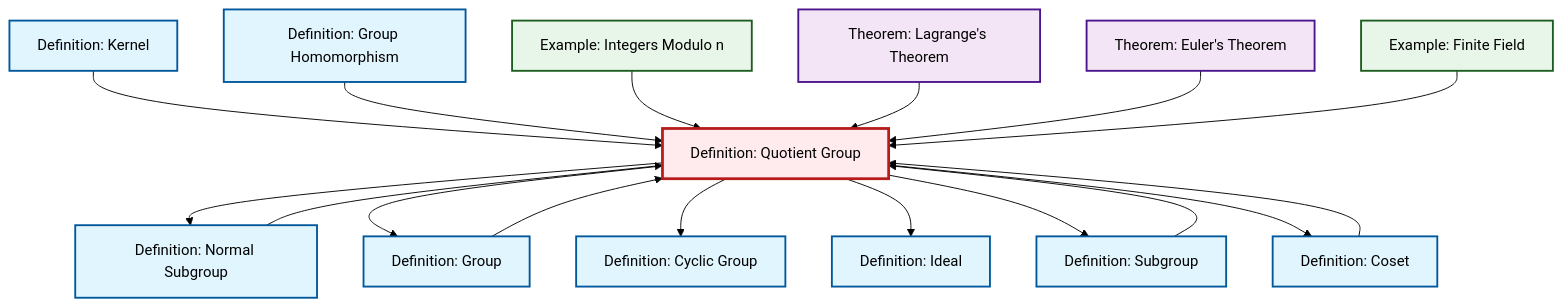
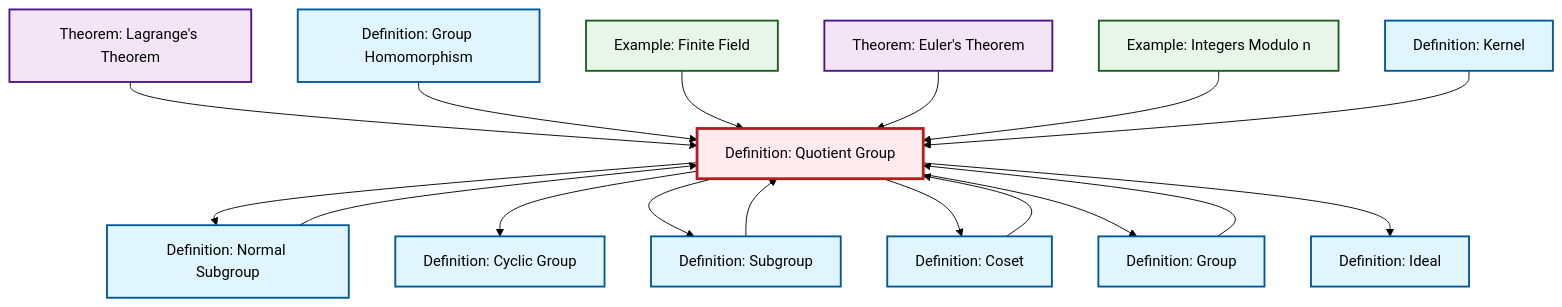
The diagram in content/ja/algebra/def-quotient-group.qmd (RK0429/ModernMath), drawn with Mermaid (forest theme) before and after one commit. The commit also changed other lines of this file and 434 other files, not shown here.

````diff
--- a/content/ja/algebra/def-quotient-group.qmd
+++ b/content/ja/algebra/def-quotient-group.qmd
@@ -142,51 +142,51 @@
 ```{mermaid}
 %%| fig-cap: "Local dependency graph"
 graph TD
     classDef definition fill:#e1f5fe,stroke:#01579b,stroke-width:2px
     classDef theorem fill:#f3e5f5,stroke:#4a148c,stroke-width:2px
     classDef axiom fill:#fff3e0,stroke:#e65100,stroke-width:2px
     classDef example fill:#e8f5e9,stroke:#1b5e20,stroke-width:2px
     classDef current fill:#ffebee,stroke:#b71c1c,stroke-width:3px
+    ex-finite-field["Example: Finite Field"]:::example
+    ex-quotient-integers-mod-n["Example: Integers Modulo n"]:::example
+    def-coset["Definition: Coset"]:::definition
+    def-group["Definition: Group"]:::definition
+    def-homomorphism["Definition: Group Homomorphism"]:::definition
     def-kernel["Definition: Kernel"]:::definition
-    ex-finite-field["Example: Finite Field"]:::example
+    def-normal-subgroup["Definition: Normal Subgroup"]:::definition
+    def-quotient-group["Definition: Quotient Group"]:::definition
+    thm-lagrange["Theorem: Lagrange's Theorem"]:::theorem
     def-cyclic-group["Definition: Cyclic Group"]:::definition
-    thm-euler["Theorem: Euler's Theorem"]:::theorem
-    def-coset["Definition: Coset"]:::definition
-    def-homomorphism["Definition: Group Homomorphism"]:::definition
-    def-normal-subgroup["Definition: Normal Subgroup"]:::definition
-    ex-quotient-integers-mod-n["Example: Integers Modulo n"]:::example
-    def-quotient-group["Definition: Quotient Group"]:::definition
     def-ideal["Definition: Ideal"]:::definition
     def-subgroup["Definition: Subgroup"]:::definition
-    def-group["Definition: Group"]:::definition
-    thm-lagrange["Theorem: Lagrange's Theorem"]:::theorem
-    def-kernel --> def-quotient-group
+    thm-euler["Theorem: Euler's Theorem"]:::theorem
+    thm-lagrange --> def-quotient-group
+    def-homomorphism --> def-quotient-group
     def-quotient-group --> def-normal-subgroup
-    def-quotient-group --> def-group
+    def-quotient-group --> def-cyclic-group
+    ex-finite-field --> def-quotient-group
+    thm-euler --> def-quotient-group
+    def-normal-subgroup --> def-quotient-group
     def-coset --> def-quotient-group
-    def-quotient-group --> def-cyclic-group
-    def-group --> def-quotient-group
-    def-quotient-group --> def-ideal
     def-quotient-group --> def-subgroup
-    def-homomorphism --> def-quotient-group
     ex-quotient-integers-mod-n --> def-quotient-group
     def-subgroup --> def-quotient-group
-    thm-lagrange --> def-quotient-group
     def-quotient-group --> def-coset
-    def-normal-subgroup --> def-quotient-group
-    thm-euler --> def-quotient-group
-    ex-finite-field --> def-quotient-group
+    def-group --> def-quotient-group
+    def-kernel --> def-quotient-group
+    def-quotient-group --> def-group
+    def-quotient-group --> def-ideal
     class def-quotient-group current
+    click ex-finite-field "ex-finite-field.html" "Example: Finite Fieldへ"
+    click ex-quotient-integers-mod-n "ex-quotient-integers-mod-n.html" "Example: Integers Modulo nへ"
+    click def-coset "def-coset.html" "Definition: Cosetへ"
+    click def-group "def-group.html" "Definition: Groupへ"
+    click def-homomorphism "def-homomorphism.html" "Definition: Group Homomorphismへ"
     click def-kernel "def-kernel.html" "Definition: Kernelへ"
-    click ex-finite-field "ex-finite-field.html" "Example: Finite Fieldへ"
+    click def-normal-subgroup "def-normal-subgroup.html" "Definition: Normal Subgroupへ"
+    click thm-lagrange "thm-lagrange.html" "Theorem: Lagrange's Theoremへ"
     click def-cyclic-group "def-cyclic-group.html" "Definition: Cyclic Groupへ"
-    click thm-euler "thm-euler.html" "Theorem: Euler's Theoremへ"
-    click def-coset "def-coset.html" "Definition: Cosetへ"
-    click def-homomorphism "def-homomorphism.html" "Definition: Group Homomorphismへ"
-    click def-normal-subgroup "def-normal-subgroup.html" "Definition: Normal Subgroupへ"
-    click ex-quotient-integers-mod-n "ex-quotient-integers-mod-n.html" "Example: Integers Modulo nへ"
     click def-ideal "def-ideal.html" "Definition: Idealへ"
     click def-subgroup "def-subgroup.html" "Definition: Subgroupへ"
-    click def-group "def-group.html" "Definition: Groupへ"
-    click thm-lagrange "thm-lagrange.html" "Theorem: Lagrange's Theoremへ"
+    click thm-euler "thm-euler.html" "Theorem: Euler's Theoremへ"
 ```
````
